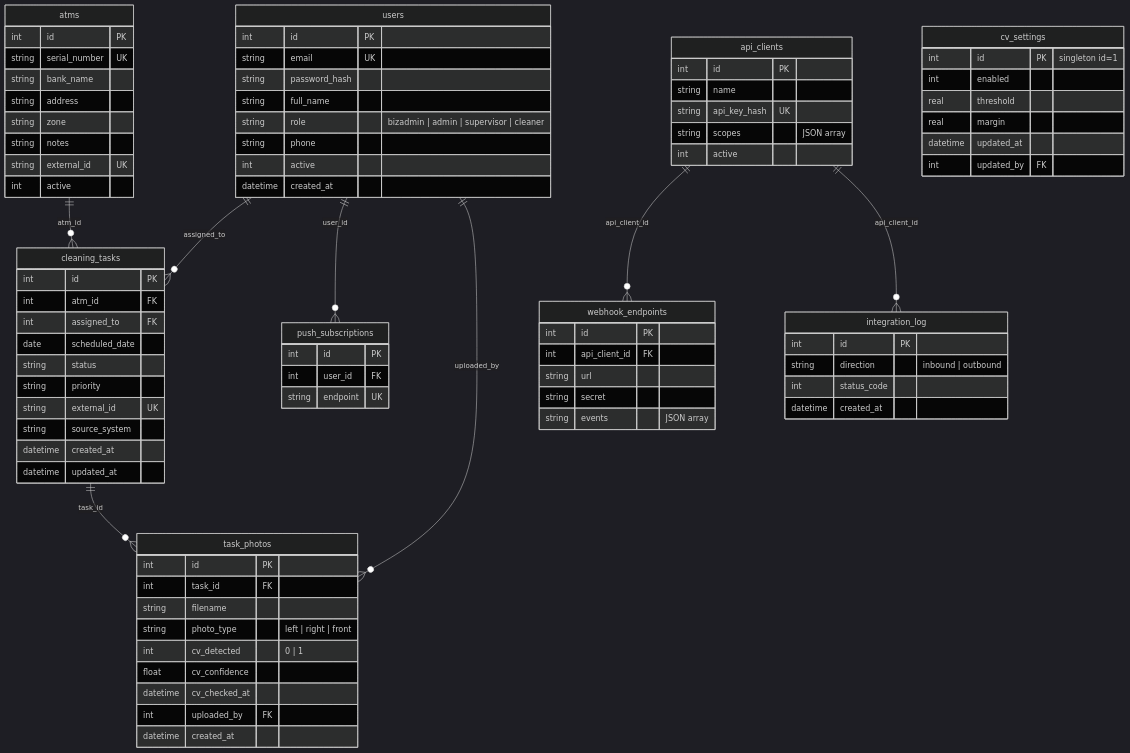
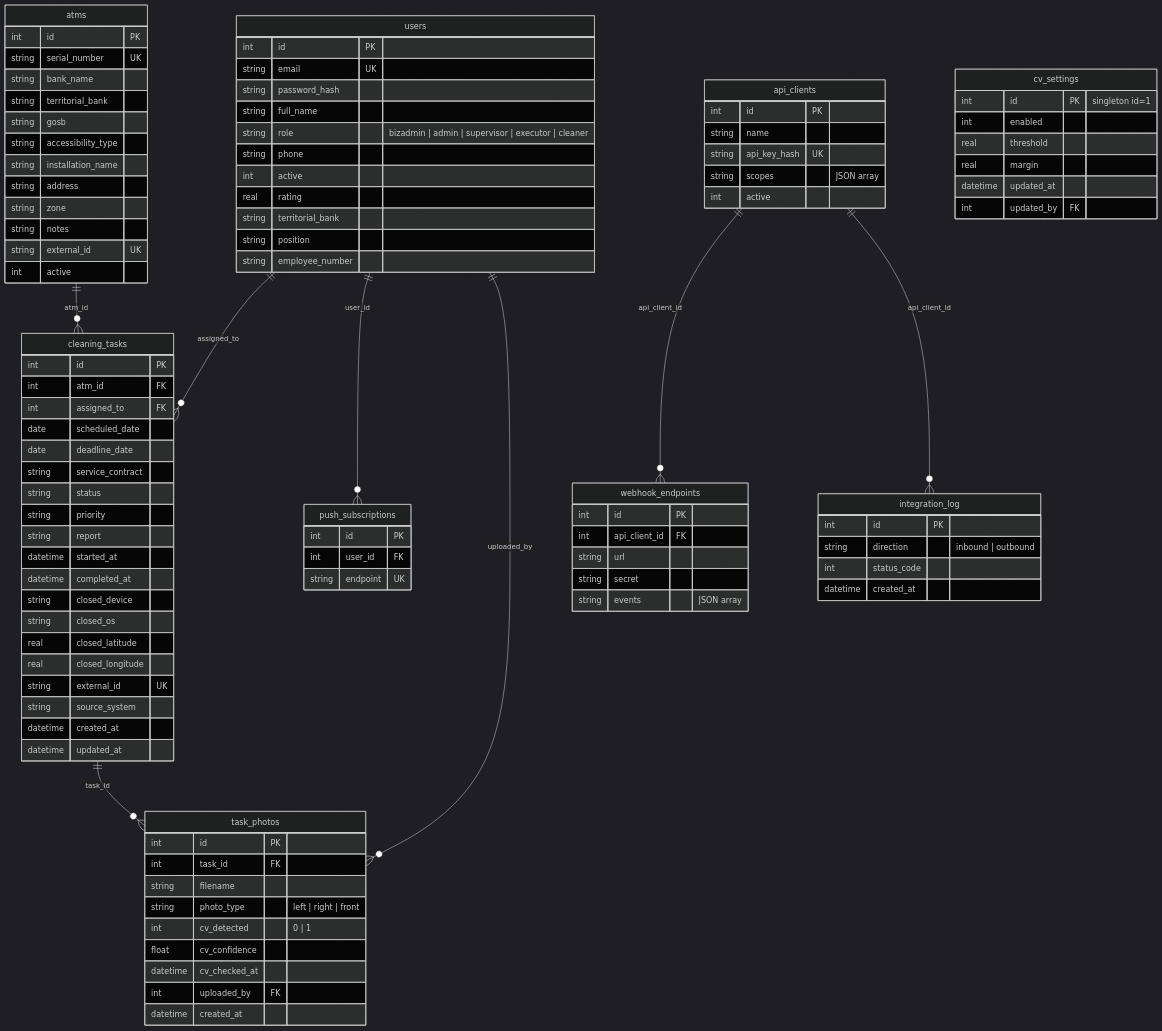
Before and after one commit to DjSurfTSI/control-app: the second of 12 diagrams in ARCHITECTURE.md, drawn with Mermaid (dark theme). The commit also changed other lines of this file and 3 other files, not shown here.

```diff
--- a/ARCHITECTURE.md
+++ b/ARCHITECTURE.md
@@ -163,16 +165,23 @@
         string email UK
         string password_hash
         string full_name
-        string role "bizadmin | admin | supervisor | cleaner"
+        string role "bizadmin | admin | supervisor | executor | cleaner"
         string phone
         int active
-        datetime created_at
+        real rating
+        string territorial_bank
+        string position
+        string employee_number
     }
 
     atms {
         int id PK
         string serial_number UK
         string bank_name
+        string territorial_bank
+        string gosb
+        string accessibility_type
+        string installation_name
         string address
         string zone
         string notes
@@ -185,8 +194,17 @@
         int atm_id FK
         int assigned_to FK
         date scheduled_date
+        date deadline_date
+        string service_contract
         string status
         string priority
+        string report
+        datetime started_at
+        datetime completed_at
+        string closed_device
+        string closed_os
+        real closed_latitude
+        real closed_longitude
         string external_id UK
         string source_system
         datetime created_at
```
